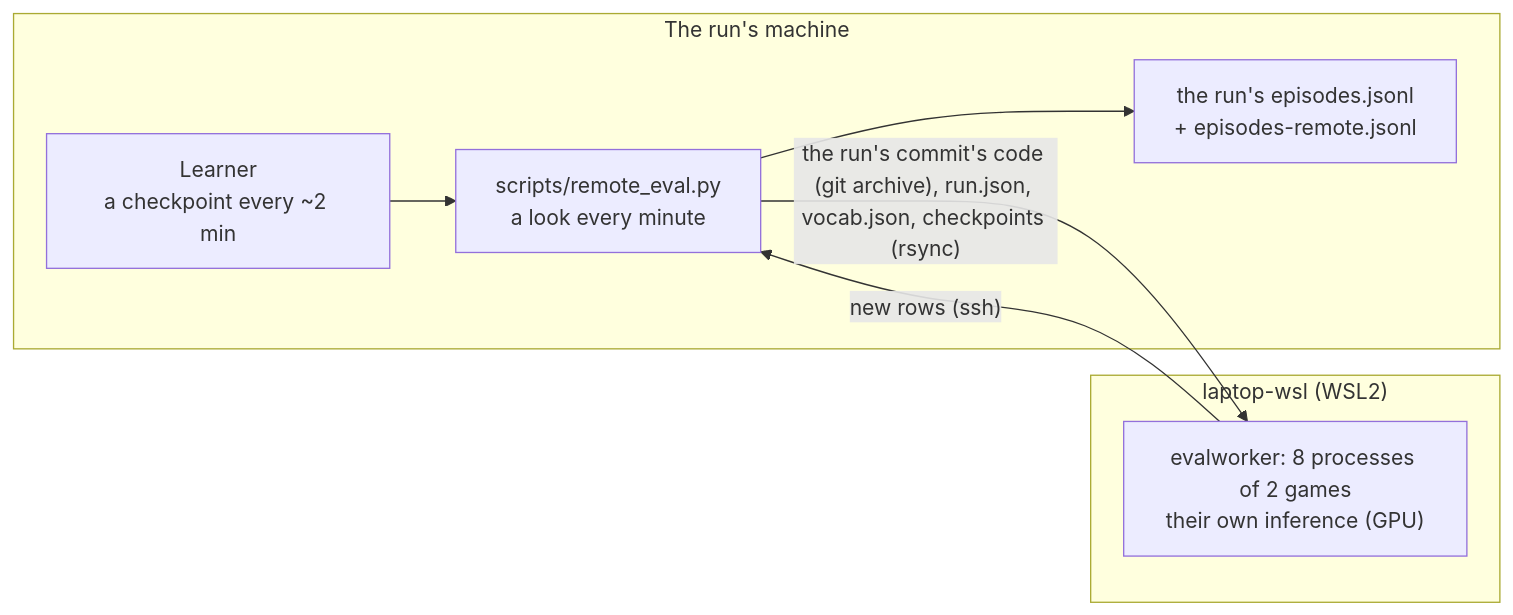
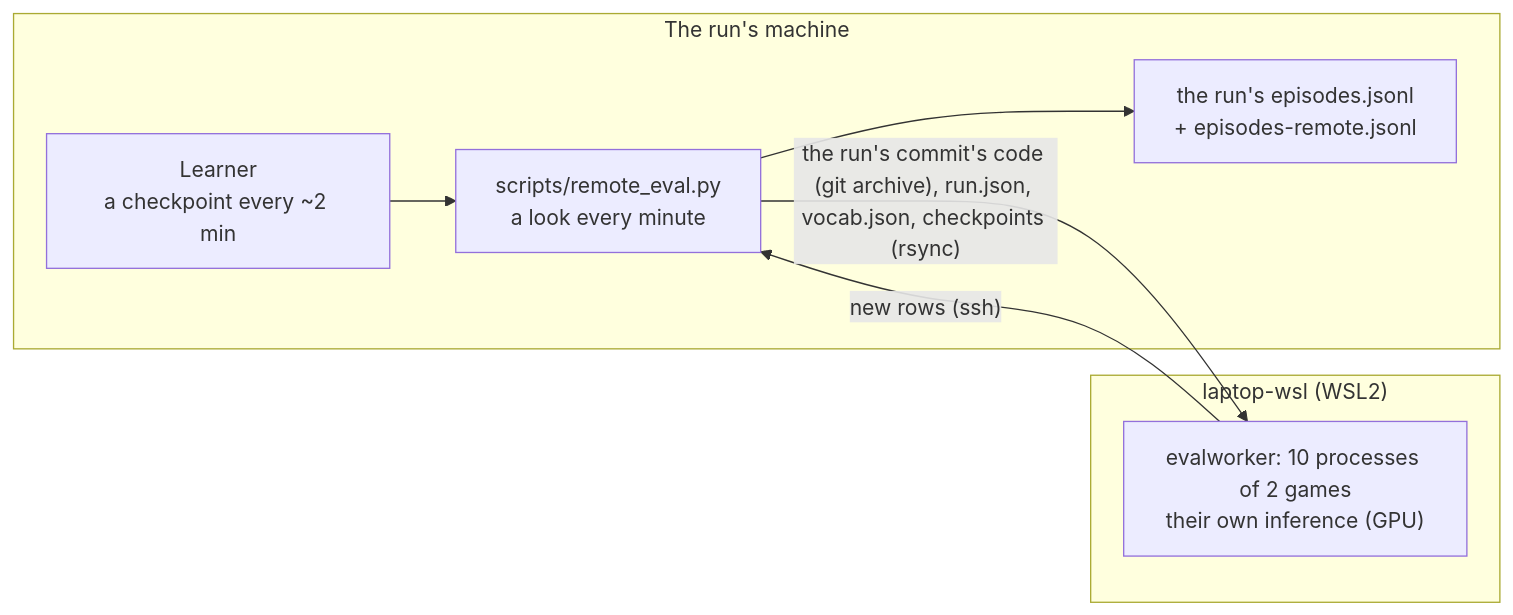
One commit to RobinKa/warcraftsim changed the third of 5 diagrams in docs/architecture.md. Above: the diagram before and after it, drawn with Mermaid. The commit also changed other lines of this file and 6 other files, not shown here.

First line of the commit message:
Docs: optimizations, architecture and model brought up to date; the speed limit corrected

````diff
--- a/docs/architecture.md
+++ b/docs/architecture.md
@@ -48,15 +56,15 @@
 ```mermaid
 flowchart LR
   subgraph MAIN["The run's machine"]
     L["Learner<br/>a checkpoint every ~2 min"]
     M["scripts/remote_eval.py<br/>a look every minute"]
     E["the run's episodes.jsonl<br/>+ episodes-remote.jsonl"]
   end
   subgraph LAP["laptop-wsl (WSL2)"]
-    W["evalworker: 8 processes of 2 games<br/>their own inference (GPU)"]
+    W["evalworker: 10 processes of 2 games<br/>their own inference (GPU)"]
   end
   L --> M
   M -- "the run's commit's code (git archive), run.json, vocab.json, checkpoints (rsync)" --> W
   W -- "new rows (ssh)" --> M
   M --> E
 ```
````
